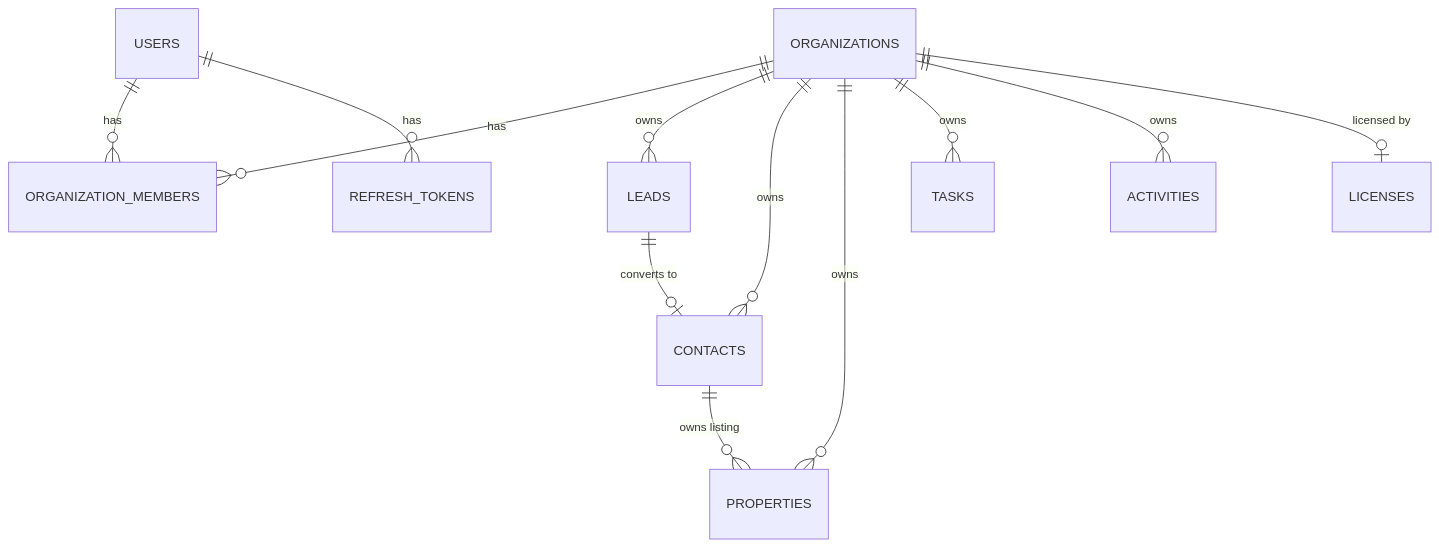
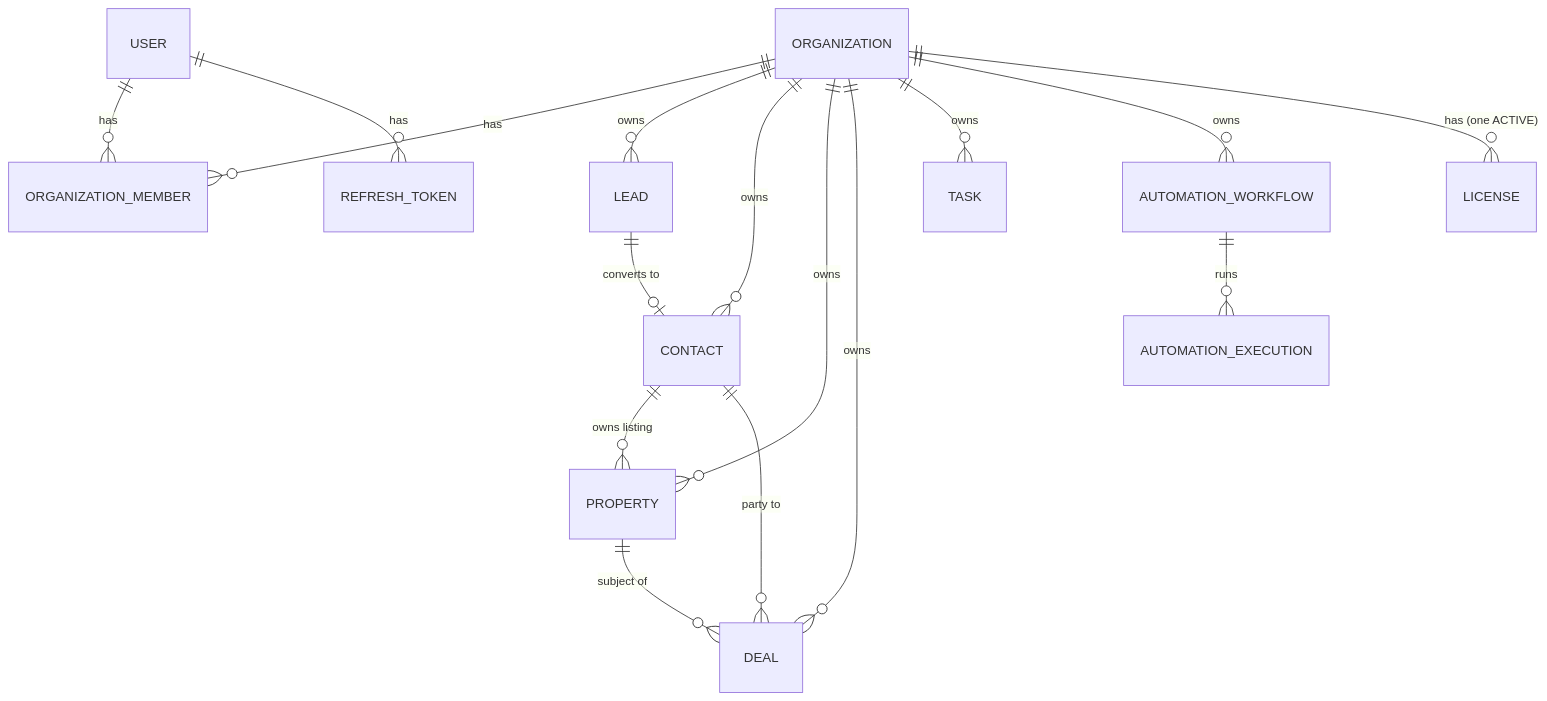
Before and after one commit to alwahab20089-crypto/Estateflow_CRM: the diagram in docs/DATABASE_SCHEMA.md, drawn with Mermaid. The commit also changed other lines of this file and 11 other files, not shown here.

````diff
--- a/docs/DATABASE_SCHEMA.md
+++ b/docs/DATABASE_SCHEMA.md
@@ -139,14 +141,18 @@
 ```mermaid
 erDiagram
-  USERS ||--o{ ORGANIZATION_MEMBERS : has
-  ORGANIZATIONS ||--o{ ORGANIZATION_MEMBERS : has
-  ORGANIZATIONS ||--o{ LEADS : owns
-  ORGANIZATIONS ||--o{ CONTACTS : owns
-  ORGANIZATIONS ||--o{ PROPERTIES : owns
-  ORGANIZATIONS ||--o{ TASKS : owns
-  ORGANIZATIONS ||--o{ ACTIVITIES : owns
-  ORGANIZATIONS ||--o| LICENSES : "licensed by"
-  LEADS ||--o| CONTACTS : "converts to"
-  CONTACTS ||--o{ PROPERTIES : "owns listing"
-  USERS ||--o{ REFRESH_TOKENS : has
+  USER ||--o{ ORGANIZATION_MEMBER : has
+  ORGANIZATION ||--o{ ORGANIZATION_MEMBER : has
+  ORGANIZATION ||--o{ LEAD : owns
+  ORGANIZATION ||--o{ CONTACT : owns
+  ORGANIZATION ||--o{ PROPERTY : owns
+  ORGANIZATION ||--o{ DEAL : owns
+  ORGANIZATION ||--o{ TASK : owns
+  ORGANIZATION ||--o{ AUTOMATION_WORKFLOW : owns
+  ORGANIZATION ||--o{ LICENSE : "has (one ACTIVE)"
+  LEAD ||--o| CONTACT : "converts to"
+  CONTACT ||--o{ PROPERTY : "owns listing"
+  CONTACT ||--o{ DEAL : "party to"
+  PROPERTY ||--o{ DEAL : "subject of"
+  AUTOMATION_WORKFLOW ||--o{ AUTOMATION_EXECUTION : runs
+  USER ||--o{ REFRESH_TOKEN : has
 ```
````
